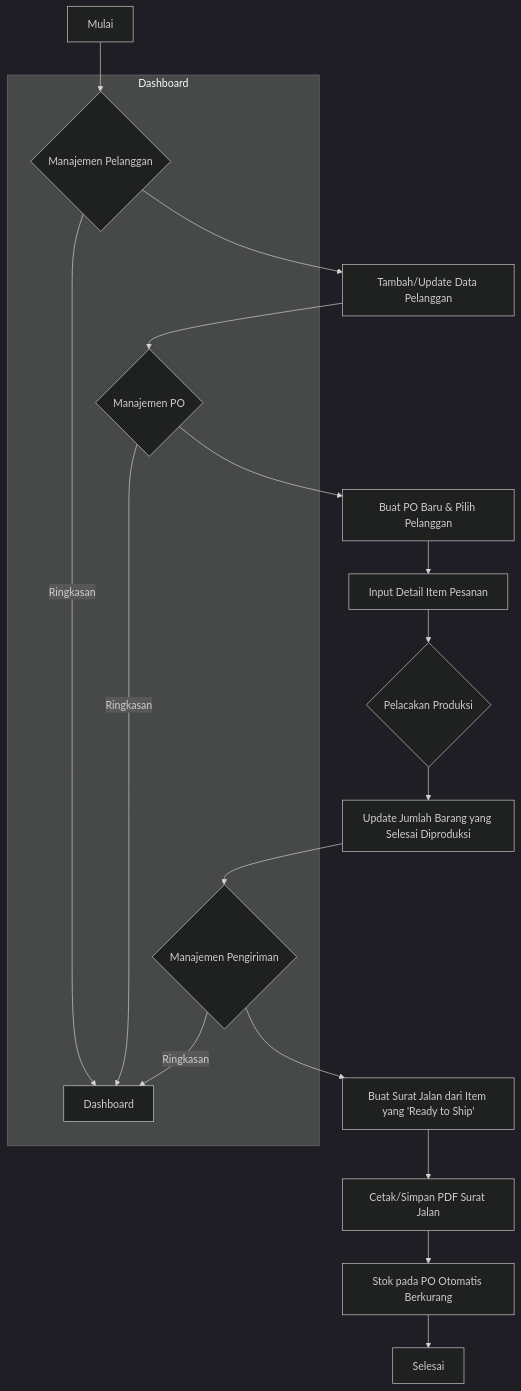
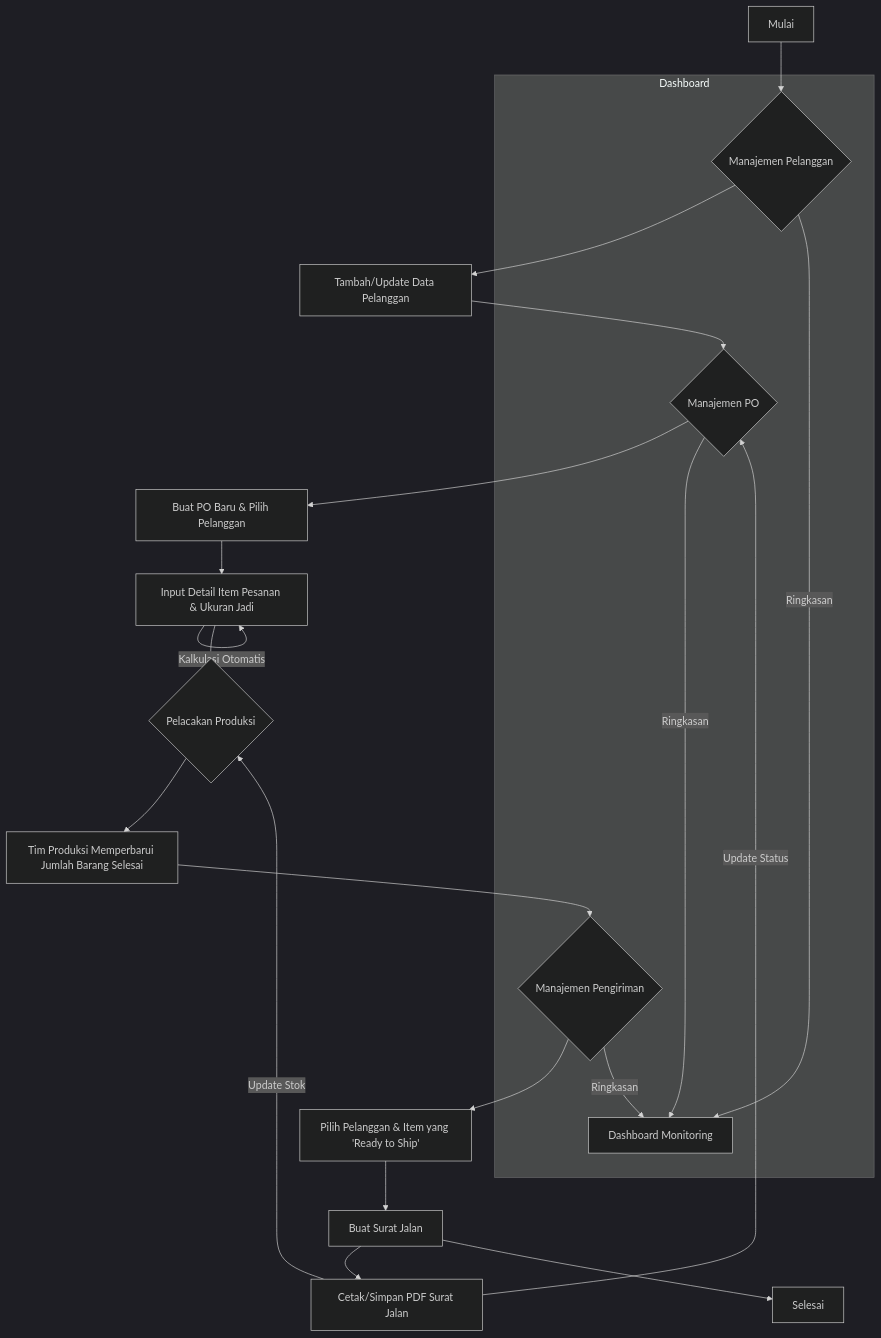
One commit to mrizkymxx/bsmcarton changed the second of 2 diagrams in README.md. Above: the diagram before and after it, drawn with Mermaid (dark theme). The commit also changed other lines of this file, not shown here.

Commit message:
aku ingin penjelasan lengkap , detail sampai fitur untuk mengolah po men

````diff
--- a/README.md
+++ b/README.md
@@ -94,22 +97,25 @@
 ```mermaid
 graph TD
     A[Mulai] --> B{Manajemen Pelanggan};
     B --> C[Tambah/Update Data Pelanggan];
     C --> D{Manajemen PO};
     D --> E[Buat PO Baru & Pilih Pelanggan];
-    E --> F[Input Detail Item Pesanan];
+    E --> F[Input Detail Item Pesanan & Ukuran Jadi];
+    F -- Kalkulasi Otomatis --> F;
     F --> G{Pelacakan Produksi};
-    G --> H[Update Jumlah Barang yang Selesai Diproduksi];
+    G --> H[Tim Produksi Memperbarui Jumlah Barang Selesai];
     H --> I{Manajemen Pengiriman};
-    I --> J[Buat Surat Jalan dari Item yang 'Ready to Ship'];
-    J --> K[Cetak/Simpan PDF Surat Jalan];
-    K --> L[Stok pada PO Otomatis Berkurang];
-    L --> M[Selesai];
+    I --> J[Pilih Pelanggan & Item yang 'Ready to Ship'];
+    J --> K[Buat Surat Jalan];
+    K --> L[Cetak/Simpan PDF Surat Jalan];
+    L -- Update Stok --> G;
+    L -- Update Status --> D;
+    K --> M[Selesai];
 
     subgraph "Dashboard"
-        B -- Ringkasan --> Z[Dashboard];
+        B -- Ringkasan --> Z[Dashboard Monitoring];
         D -- Ringkasan --> Z;
         I -- Ringkasan --> Z;
     end
 
 ```
````
